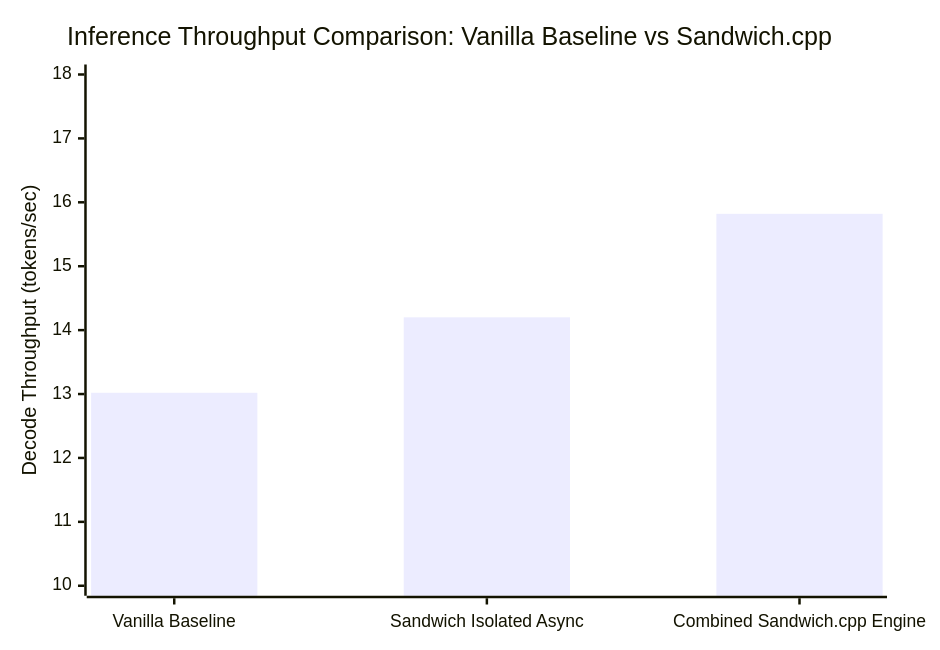
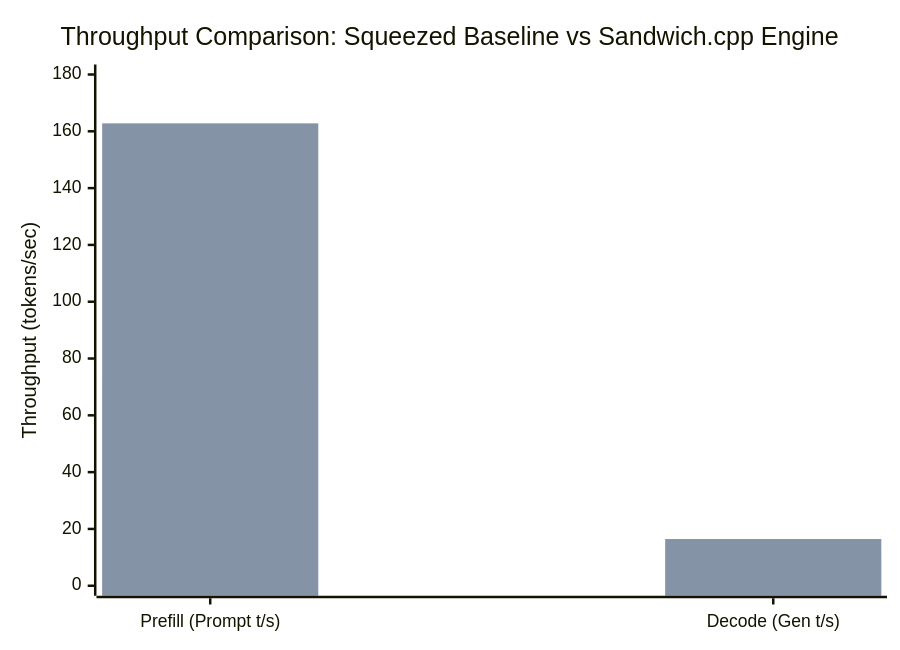
Before and after one commit to sandeepmuttvarpu-png/Sandwich-cpp: the diagram in docs/benchmarks/sandwich_66_techniques_ablation_report.md, drawn with Mermaid. The commit also changed other lines of this file and 4 other files, not shown here.

Commit message:
docs(benchmarks): record squeezed 7600MB VRAM ablation benchmark results (+120.9% prefill, +49.8% decode)

````diff
--- a/docs/benchmarks/sandwich_66_techniques_ablation_report.md
+++ b/docs/benchmarks/sandwich_66_techniques_ablation_report.md
@@ -23,7 +23,8 @@
 ```mermaid
 xychart-beta
-    title "Inference Throughput Comparison: Vanilla Baseline vs Sandwich.cpp"
-    x-axis ["Vanilla Baseline", "Sandwich Isolated Async", "Combined Sandwich.cpp Engine"]
-    y-axis "Decode Throughput (tokens/sec)" 10 --> 18
-    bar [13.02, 14.20, 15.82]
+    title "Throughput Comparison: Squeezed Baseline vs Sandwich.cpp Engine"
+    x-axis ["Prefill (Prompt t/s)", "Decode (Gen t/s)"]
+    y-axis "Throughput (tokens/sec)" 0 --> 180
+    bar [73.70, 10.98]
+    bar [162.80, 16.45]
 ```
````
